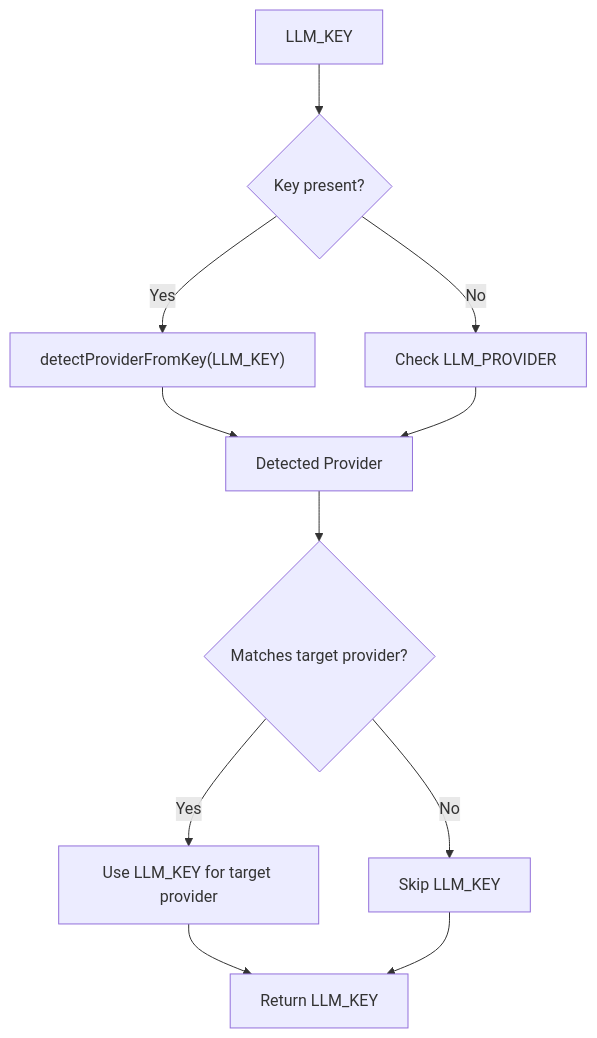
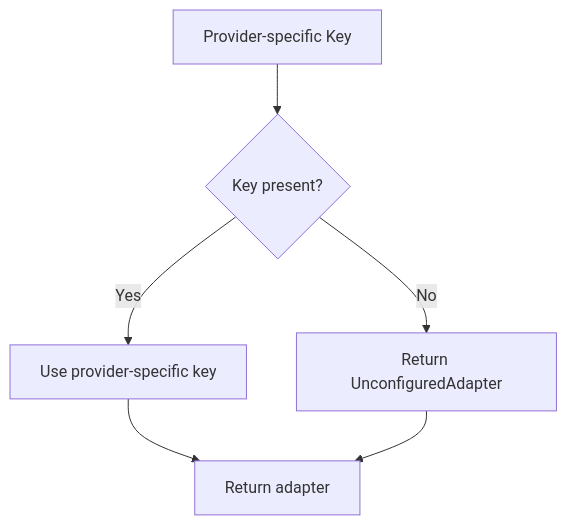
One commit to shekhargiri005-dotcom/AI-powered-accessibility-first-UI-engine changed the fifth of 12 diagrams in .qoder/repowiki/en/content/Architecture & Design/Layered Architecture/Integration Layer/AI Provider Adapters.md. Above: the diagram before and after it, drawn with Mermaid. The commit also changed other lines of this file and 71 other files, not shown here.

````diff
--- a/.qoder/repowiki/en/content/Architecture & Design/Layered Architecture/Integration Layer/AI Provider Adapters.md
+++ b/.qoder/repowiki/en/content/Architecture & Design/Layered Architecture/Integration Layer/AI Provider Adapters.md
@@ -265,13 +250,8 @@
 ```mermaid
 flowchart TD
-UniversalKey["LLM_KEY"] --> Check{"Key present?"}
-Check -- Yes --> Detect["detectProviderFromKey(LLM_KEY)"]
-Check -- No --> Explicit["Check LLM_PROVIDER"]
-Detect --> Provider["Detected Provider"]
-Explicit --> Provider
-Provider --> Match{"Matches target provider?"}
-Match -- Yes --> Use["Use LLM_KEY for target provider"]
-Match -- No --> Skip["Skip LLM_KEY"]
-Use --> Return["Return LLM_KEY"]
-Skip --> Return
+ProviderKey["Provider-specific Key"] --> Check{"Key present?"}
+Check -- Yes --> Use["Use provider-specific key"]
+Check -- No --> Unconfigured["Return UnconfiguredAdapter"]
+Use --> Return["Return adapter"]
+Unconfigured --> Return
 ```
````
